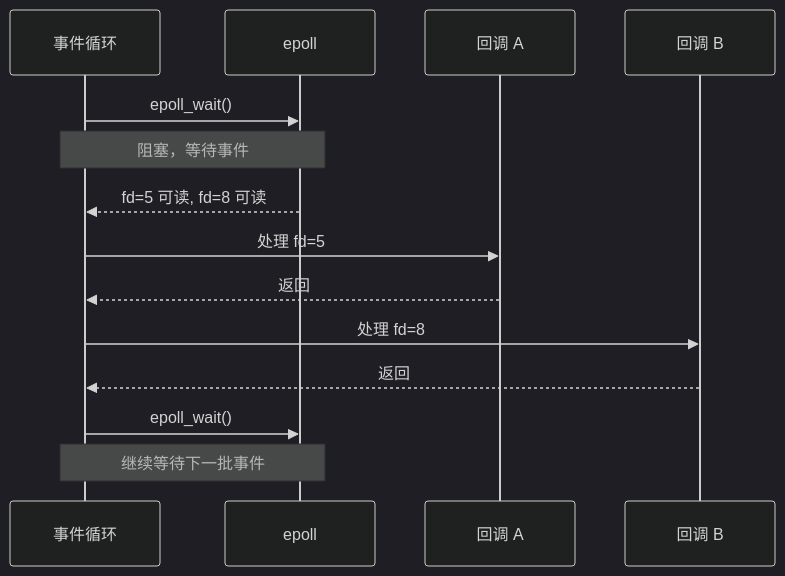
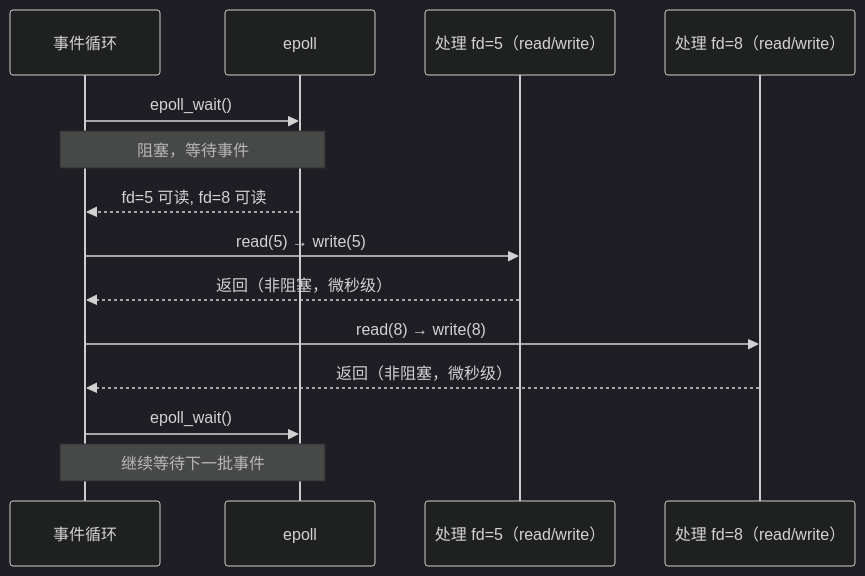
The diagram in course/concurrency/04-event-driven.md (lilhammerfun/hands-on-os), drawn with Mermaid (dark theme) before and after one commit. The commit also changed other lines of this file, not shown here.

````diff
--- a/course/concurrency/04-event-driven.md
+++ b/course/concurrency/04-event-driven.md
@@ -251,17 +284,17 @@
 ```mermaid
 sequenceDiagram
     participant EL as 事件循环
     participant EP as epoll
-    participant H1 as 回调 A
-    participant H2 as 回调 B
+    participant H1 as 处理 fd=5（read/write）
+    participant H2 as 处理 fd=8（read/write）
 
     EL->>EP: epoll_wait()
     Note over EL,EP: 阻塞，等待事件
     EP-->>EL: fd=5 可读, fd=8 可读
-    EL->>H1: 处理 fd=5
-    H1-->>EL: 返回
-    EL->>H2: 处理 fd=8
-    H2-->>EL: 返回
+    EL->>H1: read(5) → write(5)
+    H1-->>EL: 返回（非阻塞，微秒级）
+    EL->>H2: read(8) → write(8)
+    H2-->>EL: 返回（非阻塞，微秒级）
     EL->>EP: epoll_wait()
     Note over EL,EP: 继续等待下一批事件
 ```
````
